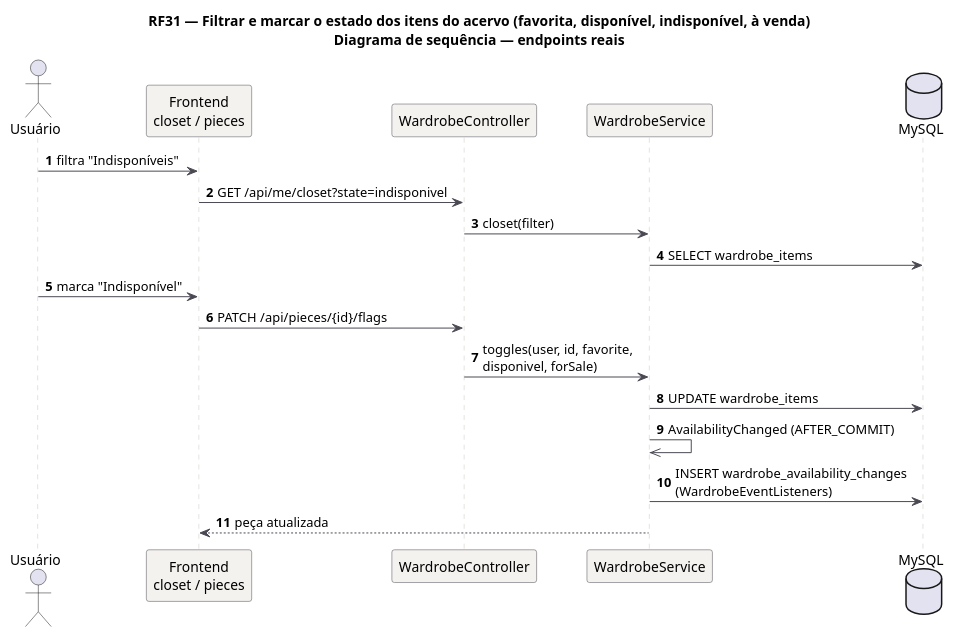
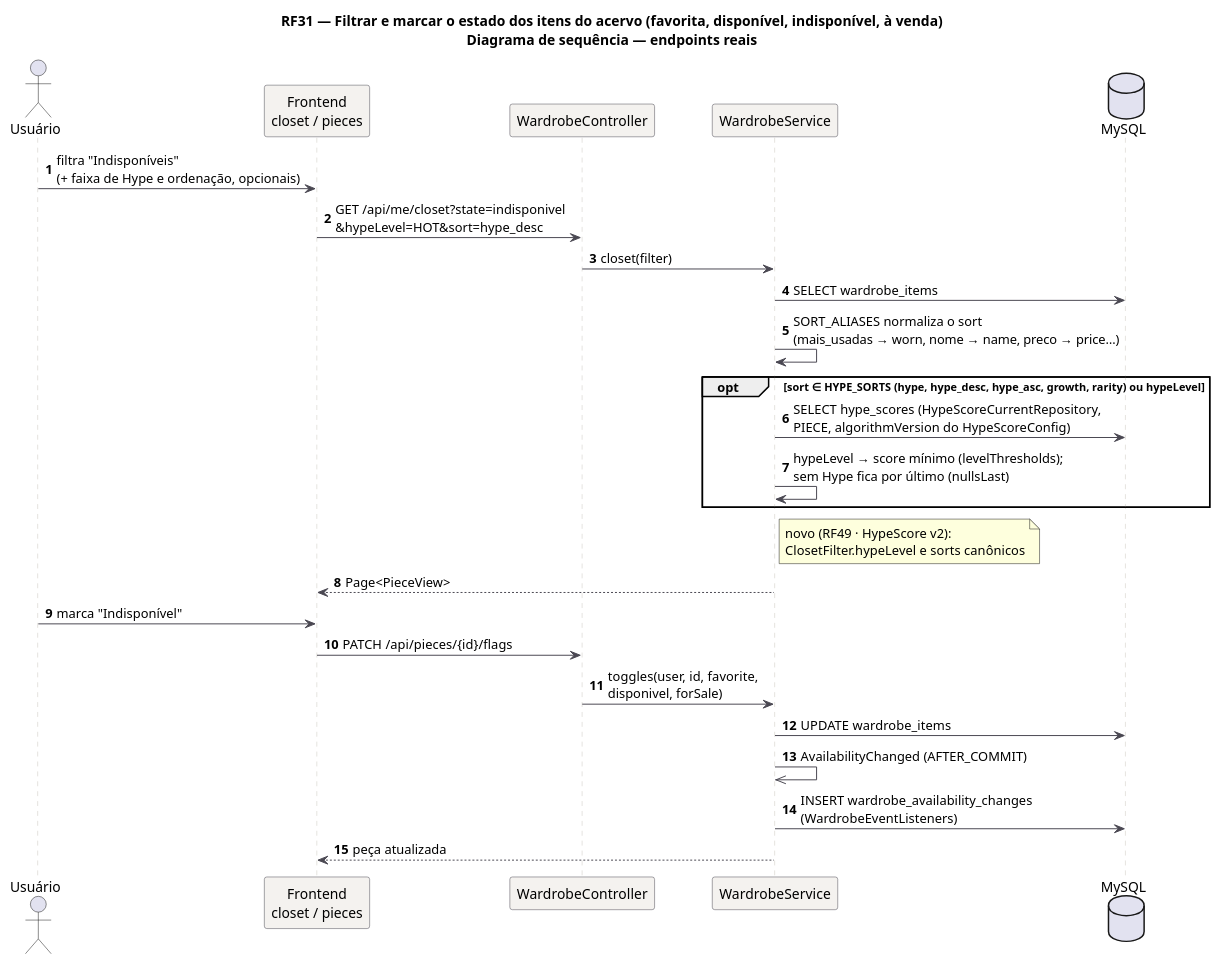
The diagram in docs/diagramas/RF31/RF31-sequencia.puml (MatheusHaliski/tcc-2026-fashion-ai-backend), drawn with PlantUML before and after one commit. The commit also changed 27 other files, not shown here.

First line of the commit message:
Diagramas RF6, RF31 e RF42 atualizados com o HypeScore v2 (RF49)

```diff
--- a/docs/diagramas/RF31/RF31-sequencia.puml
+++ b/docs/diagramas/RF31/RF31-sequencia.puml
@@ -1,27 +1,34 @@
 @startuml RF31_Sequencia
 title RF31 — Filtrar e marcar o estado dos itens do acervo (favorita, disponível, indisponível, à venda)\nDiagrama de sequência — endpoints reais
 skinparam backgroundColor #FFFFFF
 skinparam sequence {
   ArrowColor #4A4852
   LifeLineBorderColor #CBC6BE
   ParticipantBackgroundColor #F4F2EF
   ParticipantBorderColor #4A4852
 }
 autonumber
 actor Usuário as U
 participant "Frontend\ncloset / pieces" as FE
 participant "WardrobeController" as C
 participant "WardrobeService" as S
 database "MySQL" as DB
-U -> FE: filtra "Indisponíveis"
-FE -> C: GET /api/me/closet?state=indisponivel
+U -> FE: filtra "Indisponíveis"\n(+ faixa de Hype e ordenação, opcionais)
+FE -> C: GET /api/me/closet?state=indisponivel\n&hypeLevel=HOT&sort=hype_desc
 C -> S: closet(filter)
 S -> DB: SELECT wardrobe_items
+S -> S: SORT_ALIASES normaliza o sort\n(mais_usadas → worn, nome → name, preco → price…)
+opt sort ∈ HYPE_SORTS (hype, hype_desc, hype_asc, growth, rarity) ou hypeLevel
+  S -> DB: SELECT hype_scores (HypeScoreCurrentRepository,\nPIECE, algorithmVersion do HypeScoreConfig)
+  S -> S: hypeLevel → score mínimo (levelThresholds);\nsem Hype fica por último (nullsLast)
+end
+note right of S: novo (RF49 · HypeScore v2):\nClosetFilter.hypeLevel e sorts canônicos
+S --> FE: Page<PieceView>
 U -> FE: marca "Indisponível"
 FE -> C: PATCH /api/pieces/{id}/flags
 C -> S: toggles(user, id, favorite,\ndisponivel, forSale)
 S -> DB: UPDATE wardrobe_items
 S ->> S: AvailabilityChanged (AFTER_COMMIT)
 S -> DB: INSERT wardrobe_availability_changes\n(WardrobeEventListeners)
 S --> FE: peça atualizada
 @enduml
```
